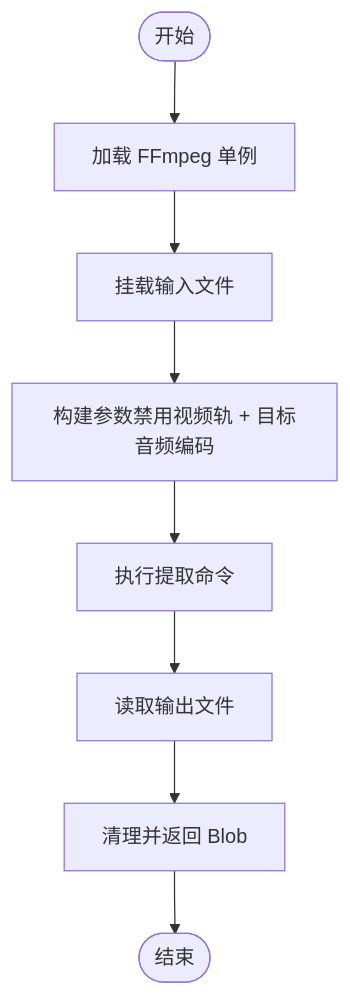
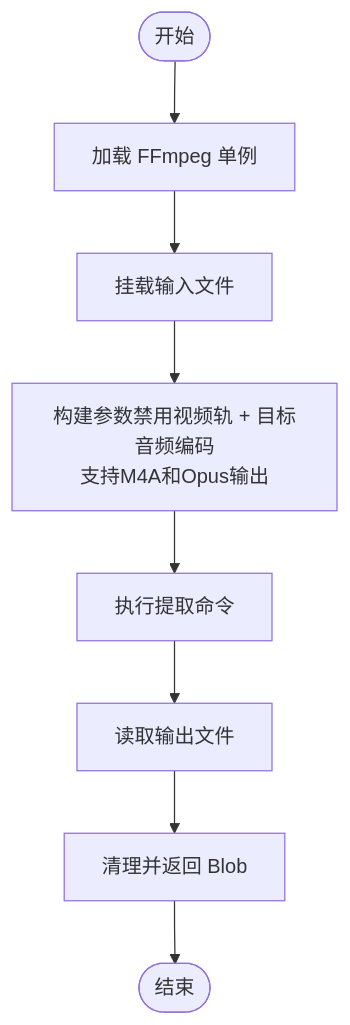
The fifth of 7 diagrams in .qoder/repowiki/zh/content/音频工具/音频工具.md (sgyy/privadeck), drawn with Mermaid before and after one commit. The commit also changed other lines of this file and 7 other files, not shown here.

````diff
--- a/.qoder/repowiki/zh/content/音频工具/音频工具.md
+++ b/.qoder/repowiki/zh/content/音频工具/音频工具.md
@@ -212,10 +220,10 @@
 ```mermaid
 flowchart TD
 E_START(["开始"]) --> E_LOAD["加载 FFmpeg 单例"]
 E_LOAD --> E_MOUNT["挂载输入文件"]
-E_MOUNT --> E_ARGS["构建参数禁用视频轨 + 目标音频编码"]
+E_MOUNT --> E_ARGS["构建参数禁用视频轨 + 目标音频编码<br/>支持M4A和Opus输出"]
 E_ARGS --> E_EXEC["执行提取命令"]
 E_EXEC --> E_READ["读取输出文件"]
 E_READ --> E_CLEAN["清理并返回 Blob"]
 E_CLEAN --> E_DONE(["结束"])
 ```
````
